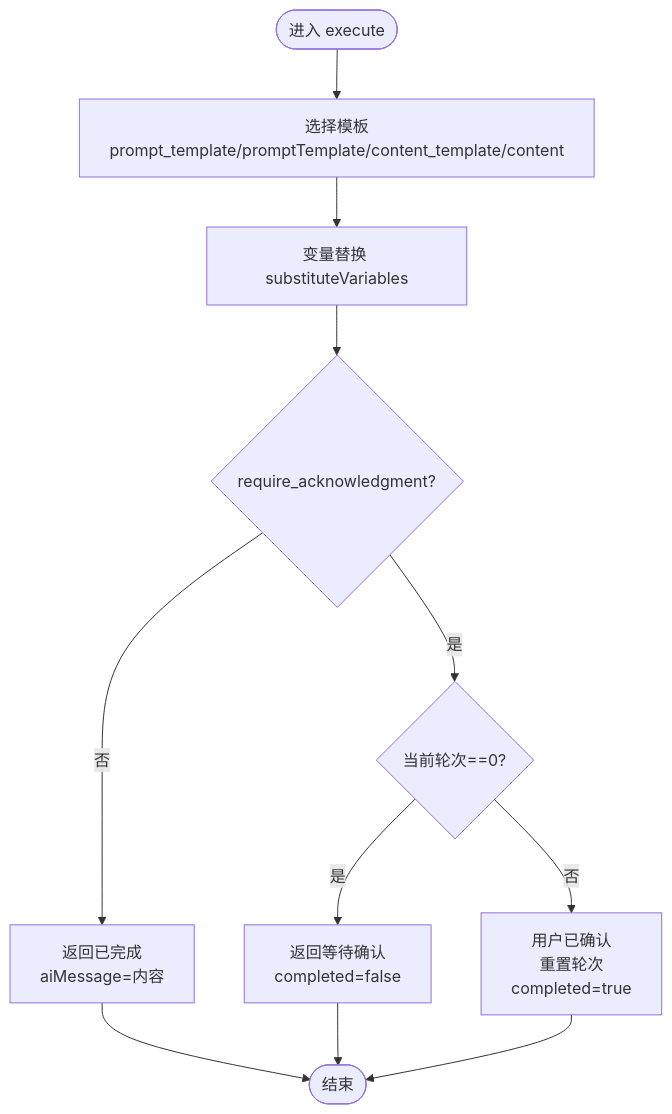
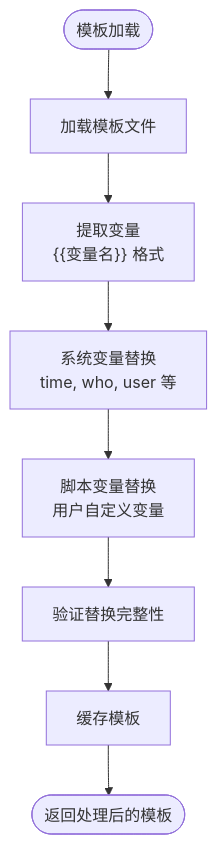
One commit to EverettCamus/HeartRule-Qoder changed the third of 6 diagrams in .qoder/repowiki/zh/content/Action系统/Action系统.md. Above: the diagram before and after it, drawn with Mermaid. The commit also changed other lines of this file and 31 other files, not shown here.

````diff
--- a/.qoder/repowiki/zh/content/Action系统/Action系统.md
+++ b/.qoder/repowiki/zh/content/Action系统/Action系统.md
@@ -216,13 +288,10 @@
 ```mermaid
 flowchart TD
-Start(["进入 execute"]) --> SelectTpl["选择模板<br/>prompt_template/promptTemplate/content_template/content"]
-SelectTpl --> ReplaceVars["变量替换 substituteVariables"]
-ReplaceVars --> CheckAck{"require_acknowledgment?"}
-CheckAck --> |否| SendMsg["返回已完成<br/>aiMessage=内容"]
-CheckAck --> |是| FirstRound{"当前轮次==0?"}
-FirstRound --> |是| WaitAck["返回等待确认<br/>completed=false"]
-FirstRound --> |否| Confirm["用户已确认<br/>重置轮次<br/>completed=true"]
-SendMsg --> End(["结束"])
-WaitAck --> End
-Confirm --> End
+Start(["模板加载"]) --> Load["加载模板文件"]
+Load --> Extract["提取变量<br/>{{变量名}} 格式"]
+Extract --> System["系统变量替换<br/>time, who, user 等"]
+System --> Script["脚本变量替换<br/>用户自定义变量"]
+Script --> Validate["验证替换完整性"]
+Validate --> Cache["缓存模板"]
+Cache --> End(["返回处理后的模板"])
 ```
````
